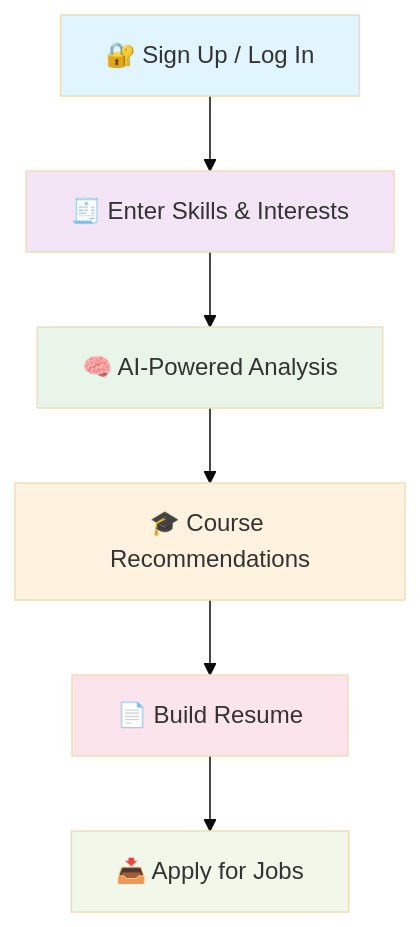
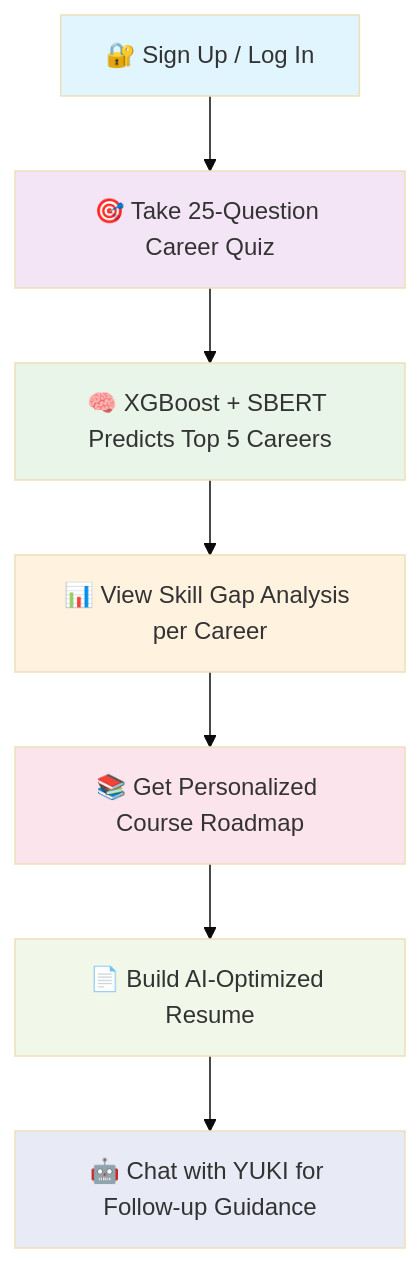
One commit to Vibe167/JobSensei changed the diagram in README.md. Above: the diagram before and after it, drawn with Mermaid (base theme). The commit also changed other lines of this file, not shown here.

````diff
--- a/README.md
+++ b/README.md
@@ -95,15 +162,17 @@
 ```mermaid
 graph TD
-    A[🔐 Sign Up / Log In] --> B[🧾 Enter Skills & Interests]
-    B --> C[🧠 AI-Powered Analysis]
-    C --> D[🎓 Course Recommendations]
-    D --> E[📄 Build Resume]
-    E --> F[📥 Apply for Jobs]
-    
+    A[🔐 Sign Up / Log In] --> B[🎯 Take 25-Question Career Quiz]
+    B --> C[🧠 XGBoost + SBERT Predicts Top 5 Careers]
+    C --> D[📊 View Skill Gap Analysis per Career]
+    D --> E[📚 Get Personalized Course Roadmap]
+    E --> F[📄 Build AI-Optimized Resume]
+    F --> G[🤖 Chat with YUKI for Follow-up Guidance]
+
     style A fill:#e1f5fe
     style B fill:#f3e5f5
     style C fill:#e8f5e8
     style D fill:#fff3e0
     style E fill:#fce4ec
     style F fill:#f1f8e9
+    style G fill:#e8eaf6
 ```
````
